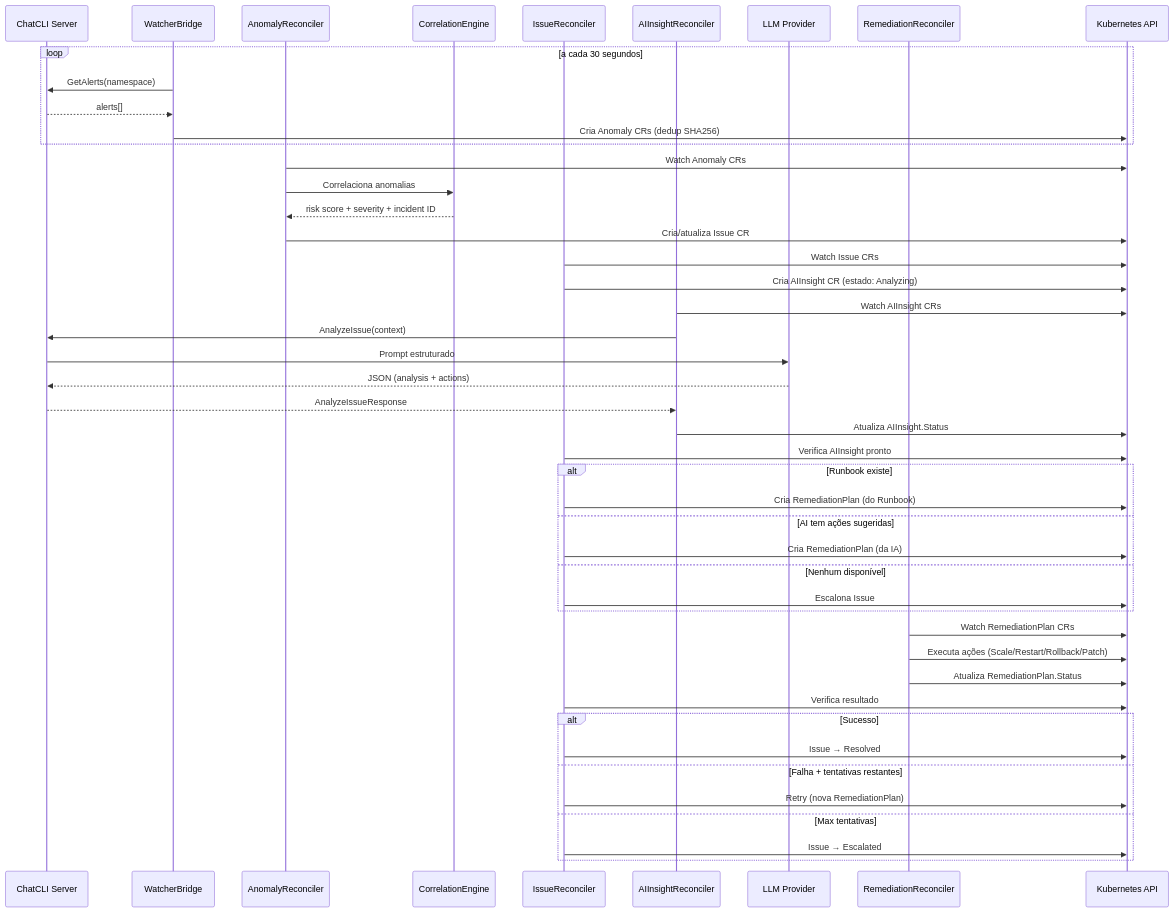
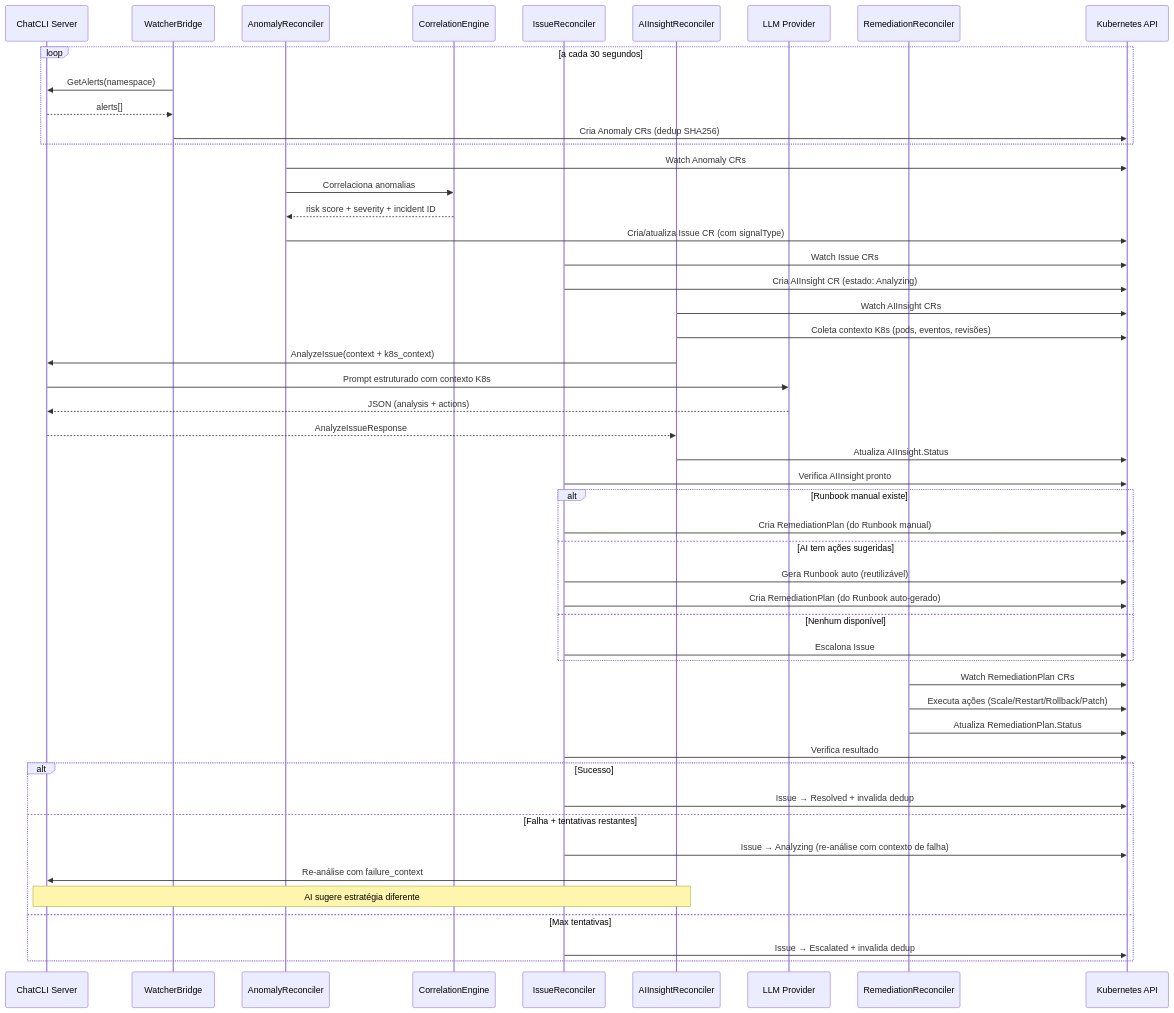
Before and after one commit to diillson/chatcli: the first of 3 diagrams in ghpages/content/docs/features/aiops-platform.md, drawn with Mermaid. The commit also changed other lines of this file and 25 other files, not shown here.

First line of the commit message:
feat(operator): add remediation intelligence with runbook-first flow, K8s context enrichment and retry re-analysis

````diff
--- a/ghpages/content/docs/features/aiops-platform.md
+++ b/ghpages/content/docs/features/aiops-platform.md
@@ -17,55 +17,59 @@
 ```mermaid
 sequenceDiagram
     participant Server as ChatCLI Server
     participant WB as WatcherBridge
     participant AR as AnomalyReconciler
     participant CE as CorrelationEngine
     participant IR as IssueReconciler
     participant AIR as AIInsightReconciler
     participant LLM as LLM Provider
     participant RR as RemediationReconciler
     participant K8s as Kubernetes API
 
     loop a cada 30 segundos
         WB->>Server: GetAlerts(namespace)
         Server-->>WB: alerts[]
         WB->>K8s: Cria Anomaly CRs (dedup SHA256)
     end
 
     AR->>K8s: Watch Anomaly CRs
     AR->>CE: Correlaciona anomalias
     CE-->>AR: risk score + severity + incident ID
-    AR->>K8s: Cria/atualiza Issue CR
+    AR->>K8s: Cria/atualiza Issue CR (com signalType)
 
     IR->>K8s: Watch Issue CRs
     IR->>K8s: Cria AIInsight CR (estado: Analyzing)
 
     AIR->>K8s: Watch AIInsight CRs
-    AIR->>Server: AnalyzeIssue(context)
-    Server->>LLM: Prompt estruturado
+    AIR->>K8s: Coleta contexto K8s (pods, eventos, revisões)
+    AIR->>Server: AnalyzeIssue(context + k8s_context)
+    Server->>LLM: Prompt estruturado com contexto K8s
     LLM-->>Server: JSON (analysis + actions)
     Server-->>AIR: AnalyzeIssueResponse
     AIR->>K8s: Atualiza AIInsight.Status
 
     IR->>K8s: Verifica AIInsight pronto
-    alt Runbook existe
-        IR->>K8s: Cria RemediationPlan (do Runbook)
+    alt Runbook manual existe
+        IR->>K8s: Cria RemediationPlan (do Runbook manual)
     else AI tem ações sugeridas
-        IR->>K8s: Cria RemediationPlan (da IA)
+        IR->>K8s: Gera Runbook auto (reutilizável)
+        IR->>K8s: Cria RemediationPlan (do Runbook auto-gerado)
     else Nenhum disponível
         IR->>K8s: Escalona Issue
     end
 
     RR->>K8s: Watch RemediationPlan CRs
     RR->>K8s: Executa ações (Scale/Restart/Rollback/Patch)
     RR->>K8s: Atualiza RemediationPlan.Status
 
     IR->>K8s: Verifica resultado
     alt Sucesso
-        IR->>K8s: Issue → Resolved
+        IR->>K8s: Issue → Resolved + invalida dedup
     else Falha + tentativas restantes
-        IR->>K8s: Retry (nova RemediationPlan)
+        IR->>K8s: Issue → Analyzing (re-análise com contexto de falha)
+        AIR->>Server: Re-análise com failure_context
+        Note over AIR,Server: AI sugere estratégia diferente
     else Max tentativas
-        IR->>K8s: Issue → Escalated
+        IR->>K8s: Issue → Escalated + invalida dedup
     end
 ```
````
